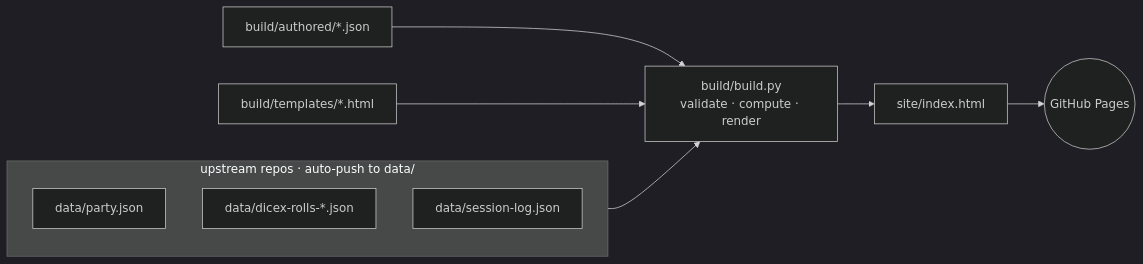
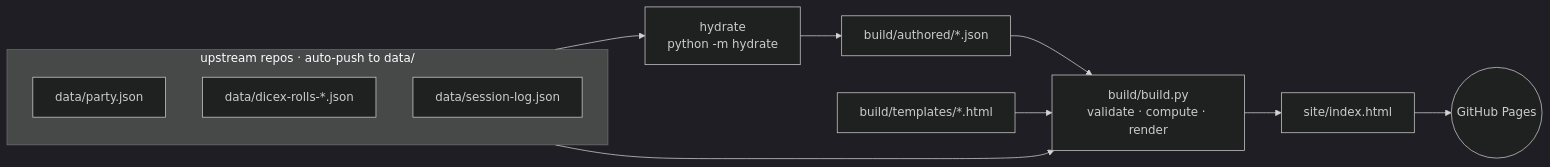
The first of 2 diagrams in README.md (abottchen/dnd-data), drawn with Mermaid (dark theme) before and after one commit.

Commit message:
(docs) Add hydrate step to README build pipeline diagram
The flowchart previously showed `build/authored/*.json` as a free-floating source with no indication of where that prose originates. The updated diagram adds `upstream --> hydrate --> build/authored/*.json` to make the authoring step explicit.

````diff
--- a/README.md
+++ b/README.md
@@ -15,14 +15,16 @@
 ```mermaid
 flowchart LR
     subgraph up [upstream repos · auto-push to data/]
       direction TB
       P1[data/party.json]
       P2[data/dicex-rolls-*.json]
       P3[data/session-log.json]
     end
+    up --> H["hydrate<br/>python -m hydrate"]
+    H --> A[build/authored/*.json]
     up --> B
-    A[build/authored/*.json] --> B
+    A --> B
     T[build/templates/*.html] --> B
     B["build/build.py<br/>validate · compute · render"] --> I[site/index.html]
     I --> GH((GitHub Pages))
 ```
````
